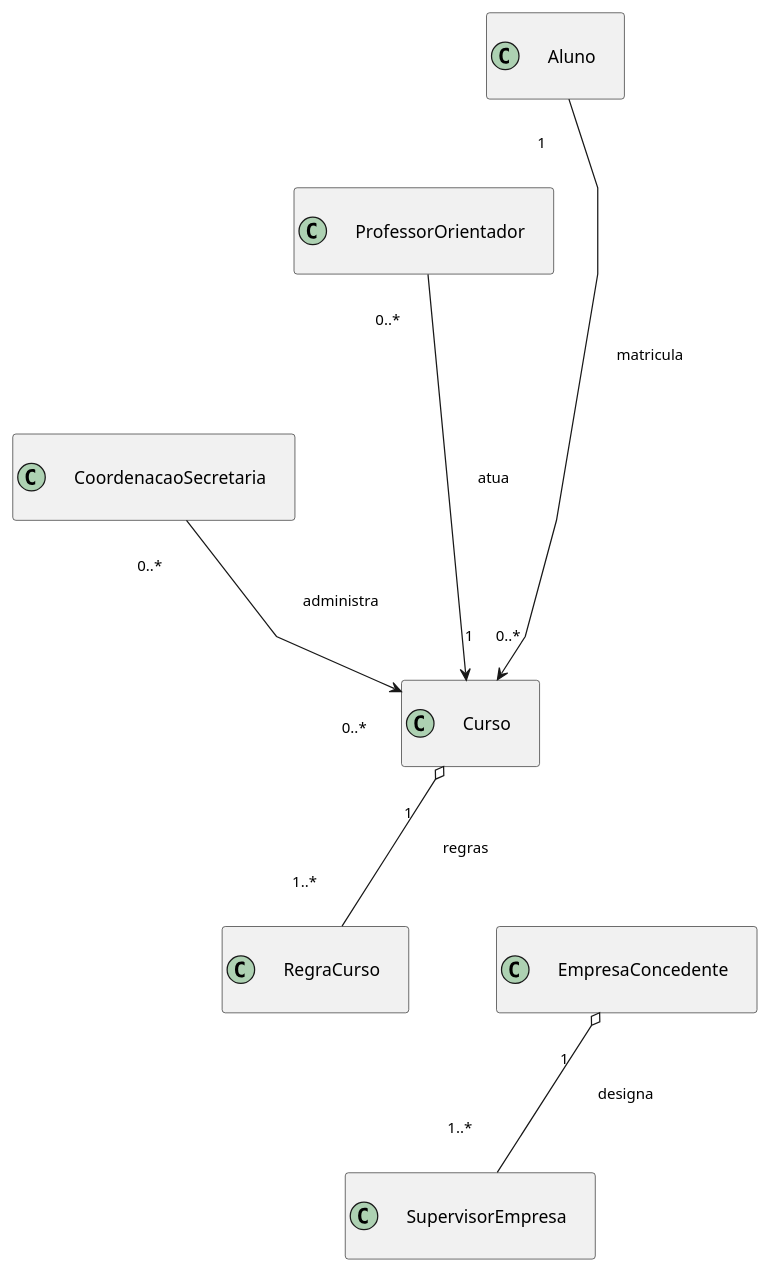
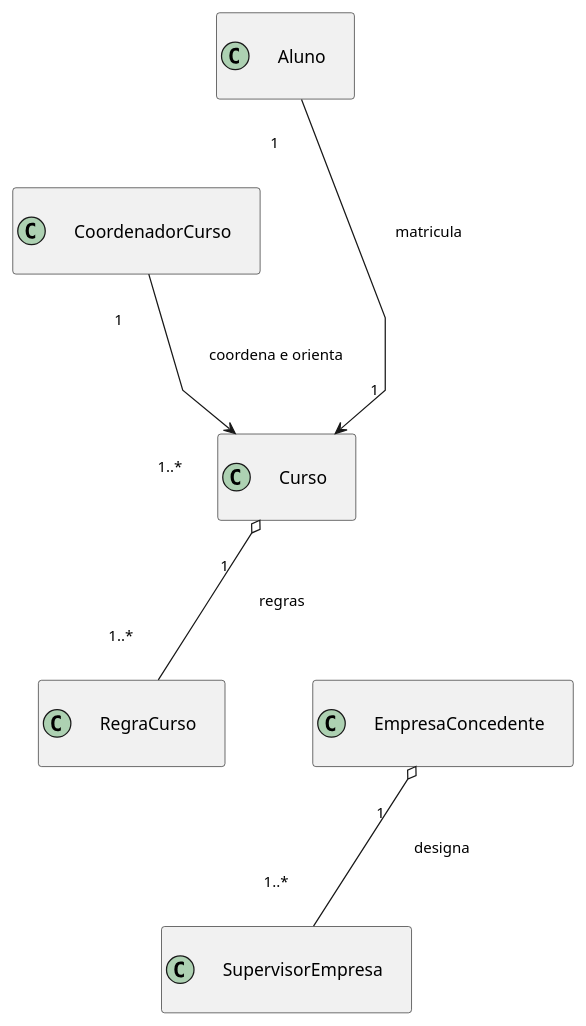
The second of 11 diagrams in docs/Elaboracao/diagrma_de_classes.md (Projetos-de-Extensao/PBE_26.1_8002_I), drawn with PlantUML before and after one commit. The commit also changed other lines of this file, not shown here.

Commit message:
docs: ajusta diagrama de classes para coordenador do curso

````diff
--- a/docs/Elaboracao/diagrma_de_classes.md
+++ b/docs/Elaboracao/diagrma_de_classes.md
@@ -67,31 +70,28 @@
 ```puml
 @startuml
 top to bottom direction
 hide empty members
 skinparam classAttributeIconSize 0
 skinparam linetype polyline
 skinparam nodesep 70
 skinparam ranksep 70
 skinparam Padding 20
 skinparam ArrowFontSize 12
 
 class Aluno
-class ProfessorOrientador
-class CoordenacaoSecretaria
+class CoordenadorCurso
 class Curso
 class RegraCurso
 class EmpresaConcedente
 class SupervisorEmpresa
 
 Aluno "1" --> "1" Curso : matricula
-ProfessorOrientador "0..*" --> "0..*" Curso : atua
-CoordenacaoSecretaria "0..*" --> "0..*" Curso : administra
+CoordenadorCurso "1" --> "1..*" Curso : coordena e orienta
 Curso "1" o-- "1..*" RegraCurso : regras
 EmpresaConcedente "1" o-- "1..*" SupervisorEmpresa : designa
 
-Aluno -[hidden]- ProfessorOrientador
-ProfessorOrientador -[hidden]- CoordenacaoSecretaria
+Aluno -[hidden]- CoordenadorCurso
 Curso -[hidden]- EmpresaConcedente
 RegraCurso -[hidden]- SupervisorEmpresa
 @enduml
 ```
````
